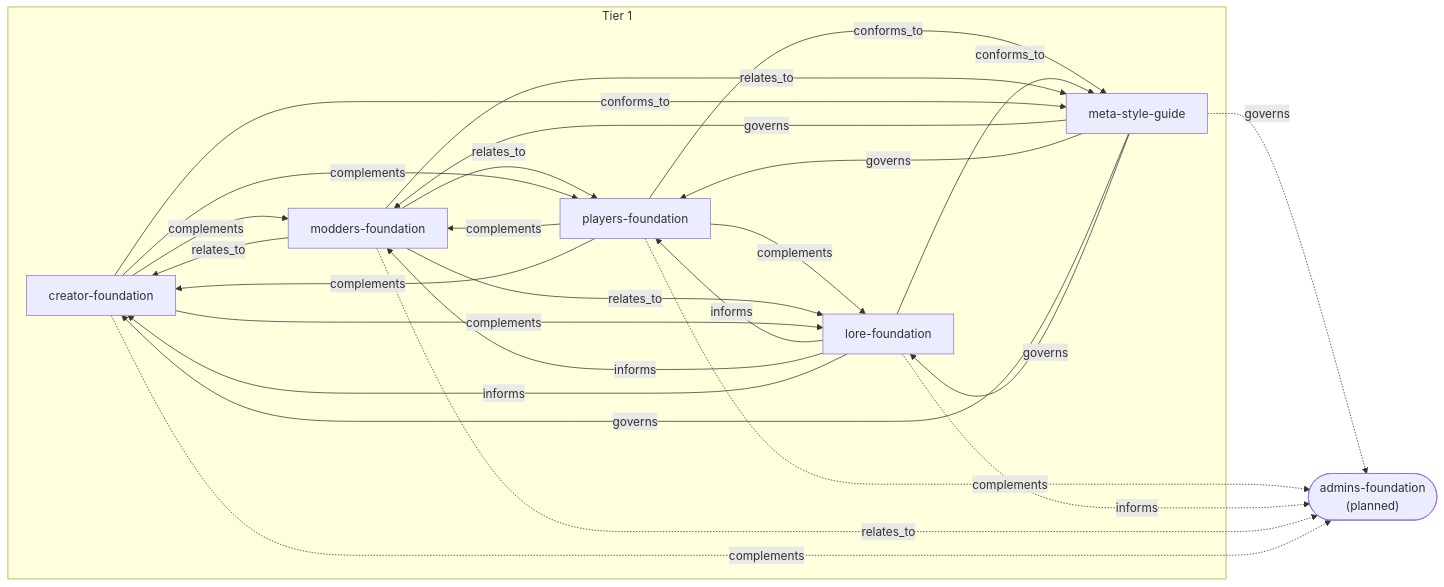
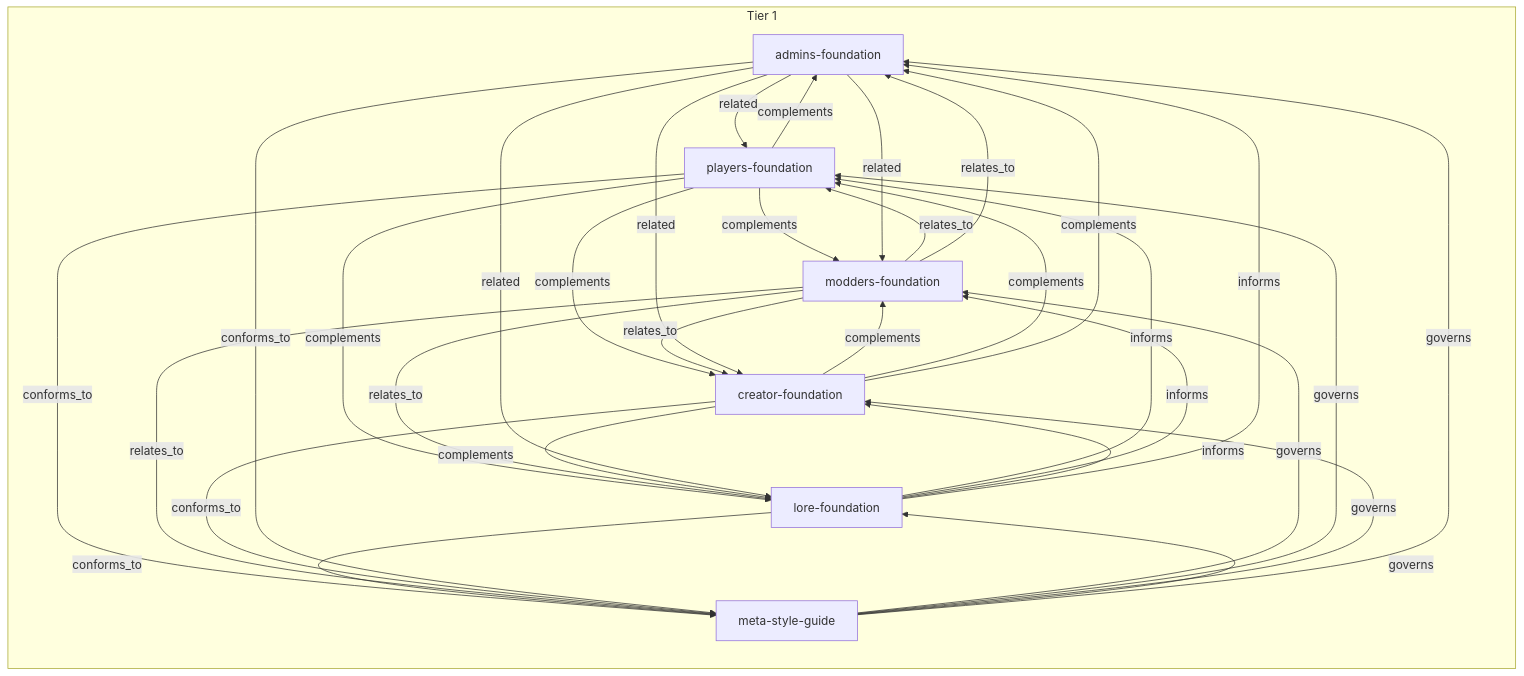
Before and after one commit to VainAsher/project-zomboid-kb: the diagram in exports/knowledge-graph.mmd, drawn with Mermaid. The commit also changed 19 other files, not shown here.

```diff
--- a/exports/knowledge-graph.mmd
+++ b/exports/knowledge-graph.mmd
@@ -1,34 +1,39 @@
 graph LR
   subgraph Tier1["Tier 1"]
+    admins_foundation["admins-foundation"]
     creator_foundation["creator-foundation"]
     lore_foundation["lore-foundation"]
     meta_style_guide["meta-style-guide"]
     modders_foundation["modders-foundation"]
     players_foundation["players-foundation"]
   end
   meta_style_guide -->|governs| modders_foundation
   meta_style_guide -->|governs| players_foundation
   meta_style_guide -->|governs| creator_foundation
   meta_style_guide -->|governs| lore_foundation
-  admins_foundation(["admins-foundation<br/>(planned)"])
-  meta_style_guide -.->|governs| admins_foundation
+  meta_style_guide -->|governs| admins_foundation
   players_foundation -->|complements| modders_foundation
   players_foundation -->|complements| creator_foundation
   players_foundation -->|complements| lore_foundation
-  players_foundation -.->|complements| admins_foundation
+  players_foundation -->|complements| admins_foundation
   players_foundation -->|conforms_to| meta_style_guide
   lore_foundation -->|informs| players_foundation
   lore_foundation -->|informs| modders_foundation
   lore_foundation -->|informs| creator_foundation
-  lore_foundation -.->|informs| admins_foundation
+  lore_foundation -->|informs| admins_foundation
   lore_foundation -->|conforms_to| meta_style_guide
   modders_foundation -->|relates_to| players_foundation
   modders_foundation -->|relates_to| creator_foundation
   modders_foundation -->|relates_to| lore_foundation
   modders_foundation -->|relates_to| meta_style_guide
-  modders_foundation -.->|relates_to| admins_foundation
+  modders_foundation -->|relates_to| admins_foundation
   creator_foundation -->|complements| modders_foundation
   creator_foundation -->|complements| players_foundation
   creator_foundation -->|complements| lore_foundation
-  creator_foundation -.->|complements| admins_foundation
+  creator_foundation -->|complements| admins_foundation
   creator_foundation -->|conforms_to| meta_style_guide
+  admins_foundation -->|related| players_foundation
+  admins_foundation -->|related| modders_foundation
+  admins_foundation -->|related| creator_foundation
+  admins_foundation -->|related| lore_foundation
+  admins_foundation -->|conforms_to| meta_style_guide
```
